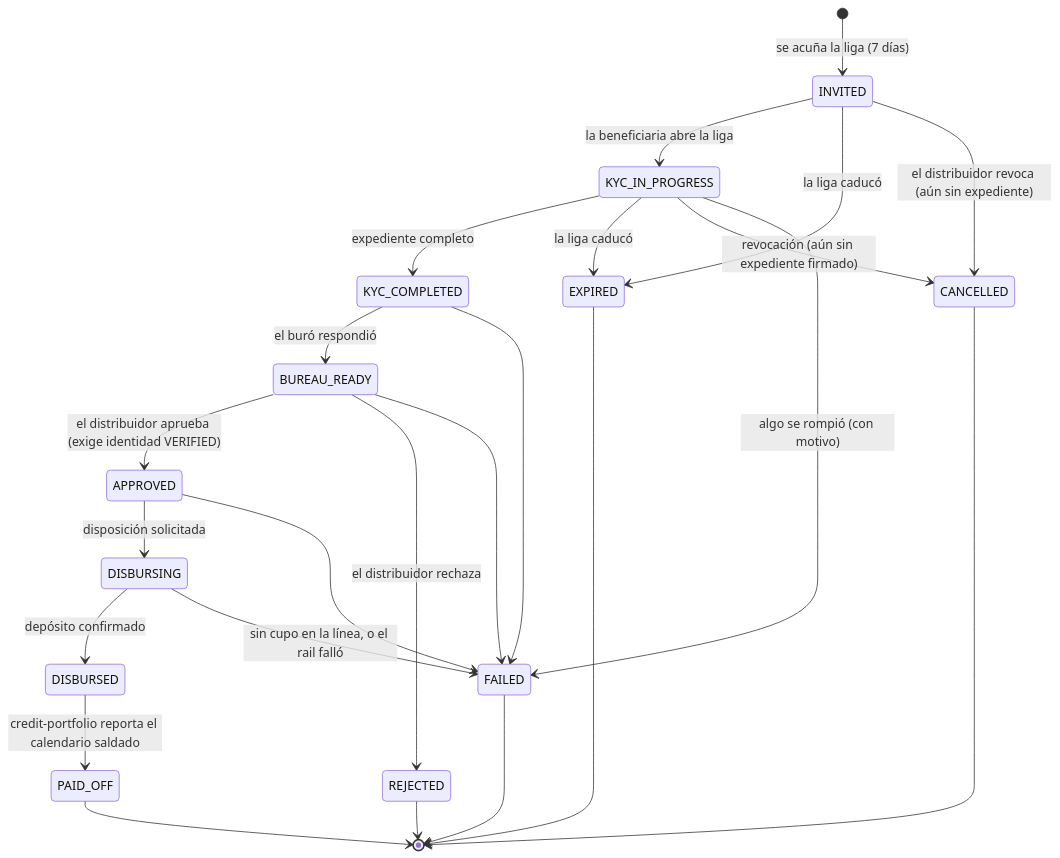
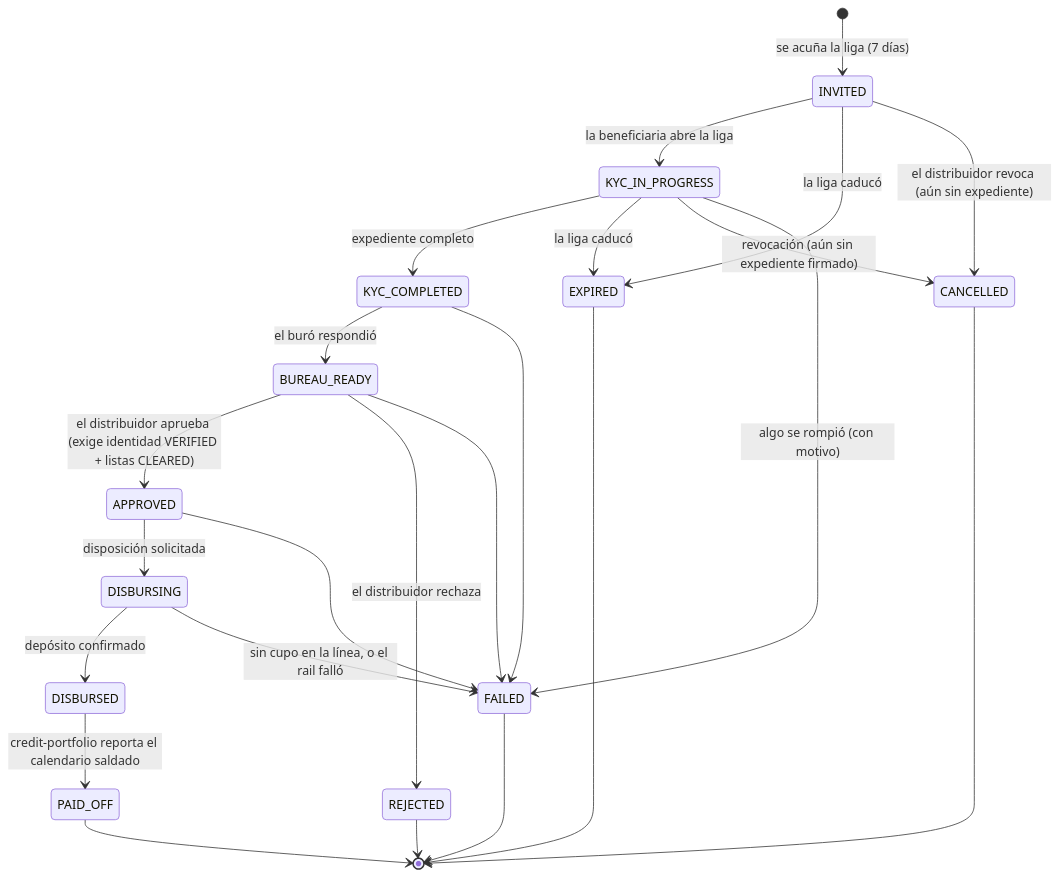
The second of 3 diagrams in services/beneficiary-service/README.md (Emmanuel93/fintech-services), drawn with Mermaid before and after one commit. The commit also changed other lines of this file and 474 other files, not shown here.

````diff
--- a/services/beneficiary-service/README.md
+++ b/services/beneficiary-service/README.md
@@ -79,26 +79,26 @@
 ```mermaid
 stateDiagram-v2
     [*] --> INVITED : se acuña la liga (7 días)
     INVITED --> KYC_IN_PROGRESS : la beneficiaria abre la liga
     INVITED --> EXPIRED : la liga caducó
     INVITED --> CANCELLED : el distribuidor revoca (aún sin expediente)
     KYC_IN_PROGRESS --> KYC_COMPLETED : expediente completo
     KYC_IN_PROGRESS --> EXPIRED : la liga caducó
     KYC_IN_PROGRESS --> CANCELLED : revocación (aún sin expediente firmado)
     KYC_IN_PROGRESS --> FAILED : algo se rompió (con motivo)
     KYC_COMPLETED --> BUREAU_READY : el buró respondió
     KYC_COMPLETED --> FAILED
-    BUREAU_READY --> APPROVED : el distribuidor aprueba (exige identidad VERIFIED)
+    BUREAU_READY --> APPROVED : el distribuidor aprueba (exige identidad VERIFIED + listas CLEARED)
     BUREAU_READY --> REJECTED : el distribuidor rechaza
     BUREAU_READY --> FAILED
     APPROVED --> DISBURSING : disposición solicitada
     APPROVED --> FAILED
     DISBURSING --> DISBURSED : depósito confirmado
     DISBURSING --> FAILED : sin cupo en la línea, o el rail falló
     DISBURSED --> PAID_OFF : credit-portfolio reporta el calendario saldado
     PAID_OFF --> [*]
     REJECTED --> [*]
     EXPIRED --> [*]
     CANCELLED --> [*]
     FAILED --> [*]
 ```
````
